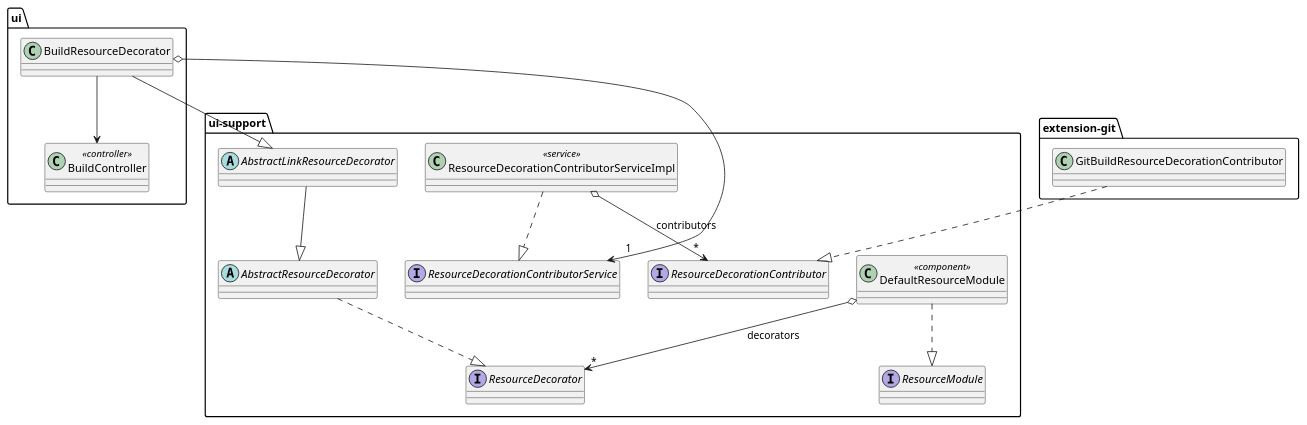
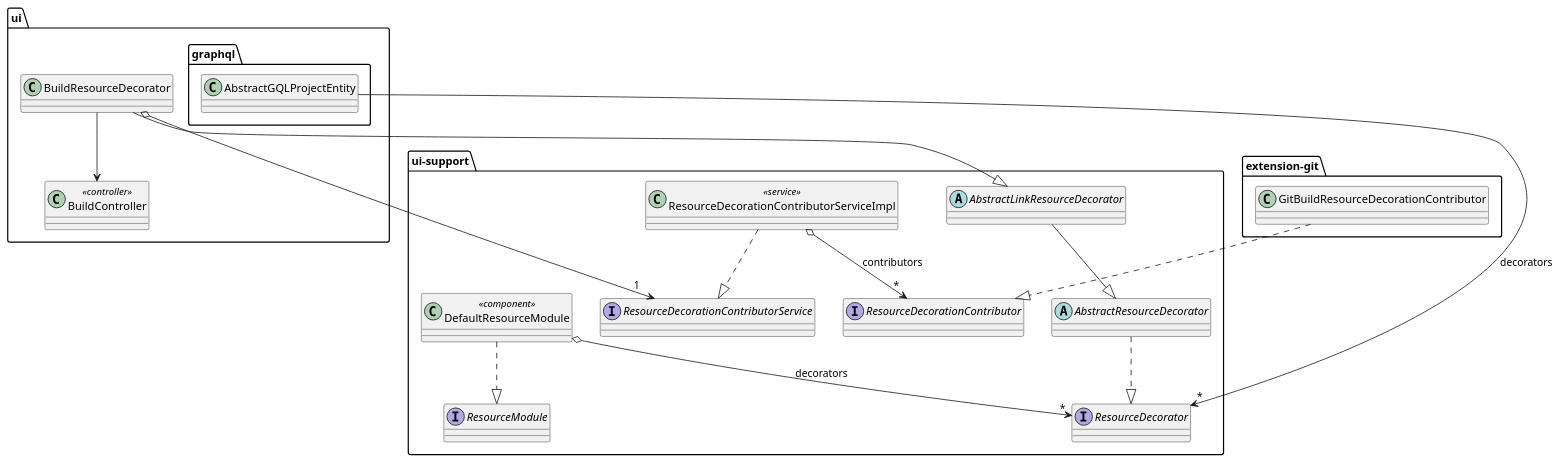
The diagram in ontrack-docs/src/docs/asciidoc/architecture-json-model.puml (nemerosa/ontrack), drawn with PlantUML before and after one commit.

Commit message:
#458 JSON relationship w/ GraphQL

```diff
--- a/ontrack-docs/src/docs/asciidoc/architecture-json-model.puml
+++ b/ontrack-docs/src/docs/asciidoc/architecture-json-model.puml
@@ -1,40 +1,49 @@
 @startuml
 package "ui-support" {
     interface ResourceModule
     class DefaultResourceModule <<component>>
 
     interface ResourceDecorator
     abstract class AbstractResourceDecorator
     abstract class AbstractLinkResourceDecorator
 
     interface ResourceDecorationContributorService
     class ResourceDecorationContributorServiceImpl <<service>>
 
     interface ResourceDecorationContributor
+
+    DefaultResourceModule ..|> ResourceModule
+    DefaultResourceModule o--> "*" ResourceDecorator : decorators
+
+    AbstractResourceDecorator ..|> ResourceDecorator
+    AbstractLinkResourceDecorator --|> AbstractResourceDecorator
+
+    ResourceDecorationContributorServiceImpl ..|> ResourceDecorationContributorService
+    ResourceDecorationContributorServiceImpl o--> "*" ResourceDecorationContributor: contributors
+
 }
 
 package "ui" {
     class BuildResourceDecorator
     class BuildController <<controller>>
 
     BuildResourceDecorator --> BuildController
+
+    BuildResourceDecorator --|> AbstractLinkResourceDecorator
+    BuildResourceDecorator o--> "1" ResourceDecorationContributorService
+
+    package "graphql" {
+        class AbstractGQLProjectEntity
+
+        AbstractGQLProjectEntity --> "*" ResourceDecorator: decorators
+    }
+
 }
 
 package "extension-git" {
     class GitBuildResourceDecorationContributor
 
     GitBuildResourceDecorationContributor ..|> ResourceDecorationContributor
 }
 
-DefaultResourceModule ..|> ResourceModule
-DefaultResourceModule o--> "*" ResourceDecorator : decorators
-
-AbstractResourceDecorator ..|> ResourceDecorator
-AbstractLinkResourceDecorator --|> AbstractResourceDecorator
-
-BuildResourceDecorator --|> AbstractLinkResourceDecorator
-BuildResourceDecorator o--> "1" ResourceDecorationContributorService
-
-ResourceDecorationContributorServiceImpl ..|> ResourceDecorationContributorService
-ResourceDecorationContributorServiceImpl o--> "*" ResourceDecorationContributor: contributors
 @enduml
```
